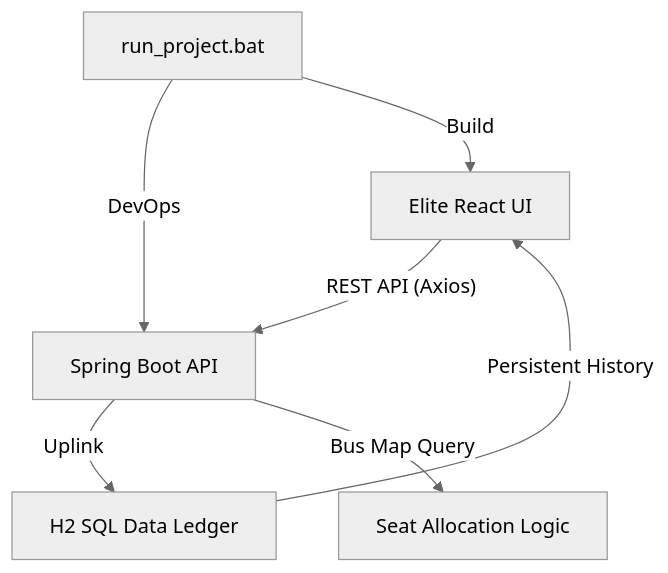
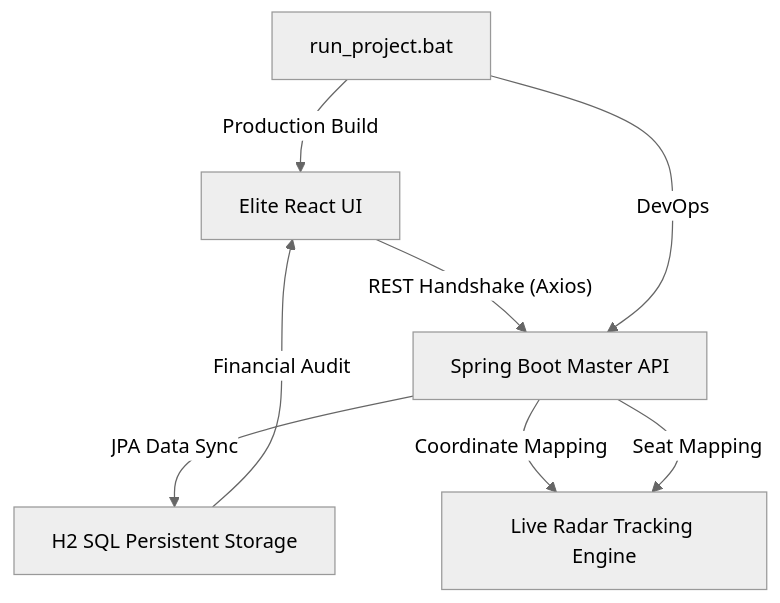
One commit to nellurisairam/BusTicketBooking_Java changed the diagram in README.md. Above: the diagram before and after it, drawn with Mermaid (neutral theme). The commit also changed other lines of this file, not shown here.

Commit message:
Documentation Release: BusTick Pro v3.2.0 Elite Master (README Finalized)

````diff
--- a/README.md
+++ b/README.md
@@ -26,9 +31,10 @@
 ```mermaid
 graph TD
-    A[Elite React UI] -- "REST API (Axios)" --> B[Spring Boot API]
-    B -- "Uplink" --> C[H2 SQL Data Ledger]
-    B -- "Bus Map Query" --> D[Seat Allocation Logic]
-    C -- "Persistent History" --> A
+    A[Elite React UI] -- "REST Handshake (Axios)" --> B[Spring Boot Master API]
+    B -- "JPA Data Sync" --> C[H2 SQL Persistent Storage]
+    B -- "Coordinate Mapping" --> D[Live Radar Tracking Engine]
+    C -- "Financial Audit" --> A
     E[run_project.bat] -- "DevOps" --> B
-    E -- "Build" --> A
+    E -- "Production Build" --> A
+    B -- "Seat Mapping" --> D
 ```
````
